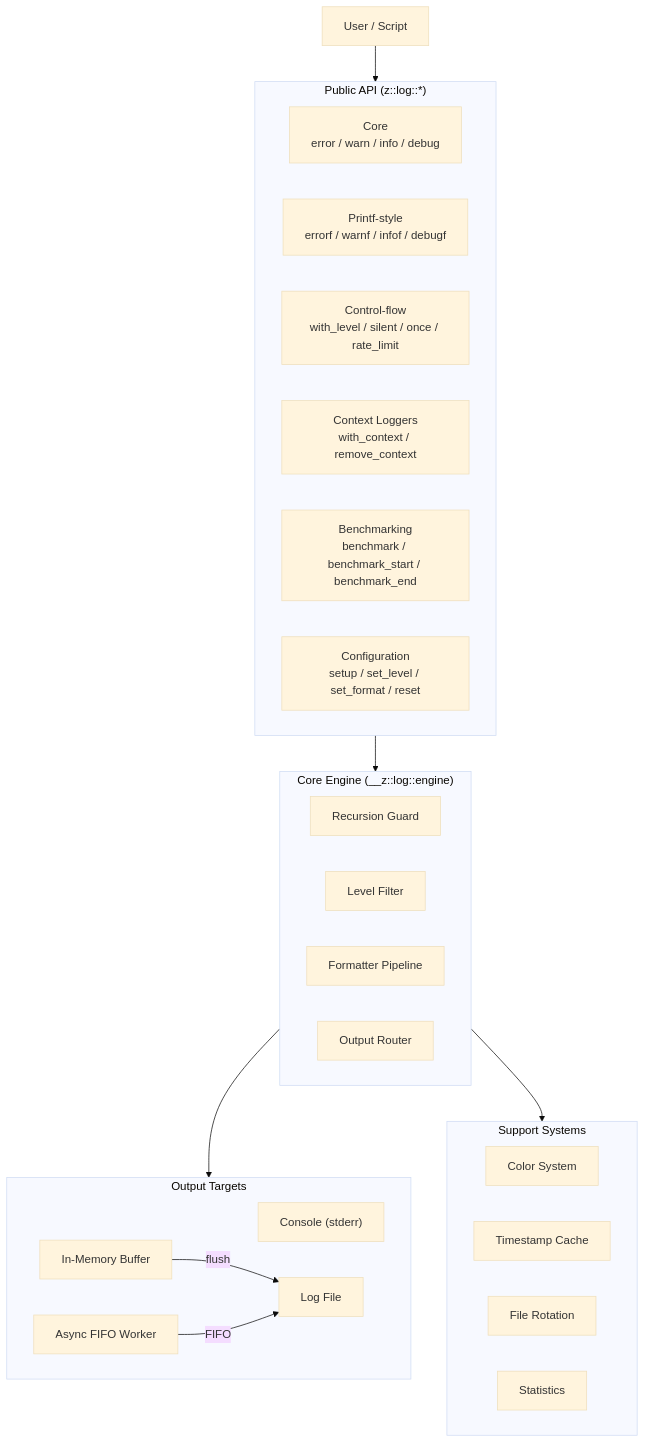
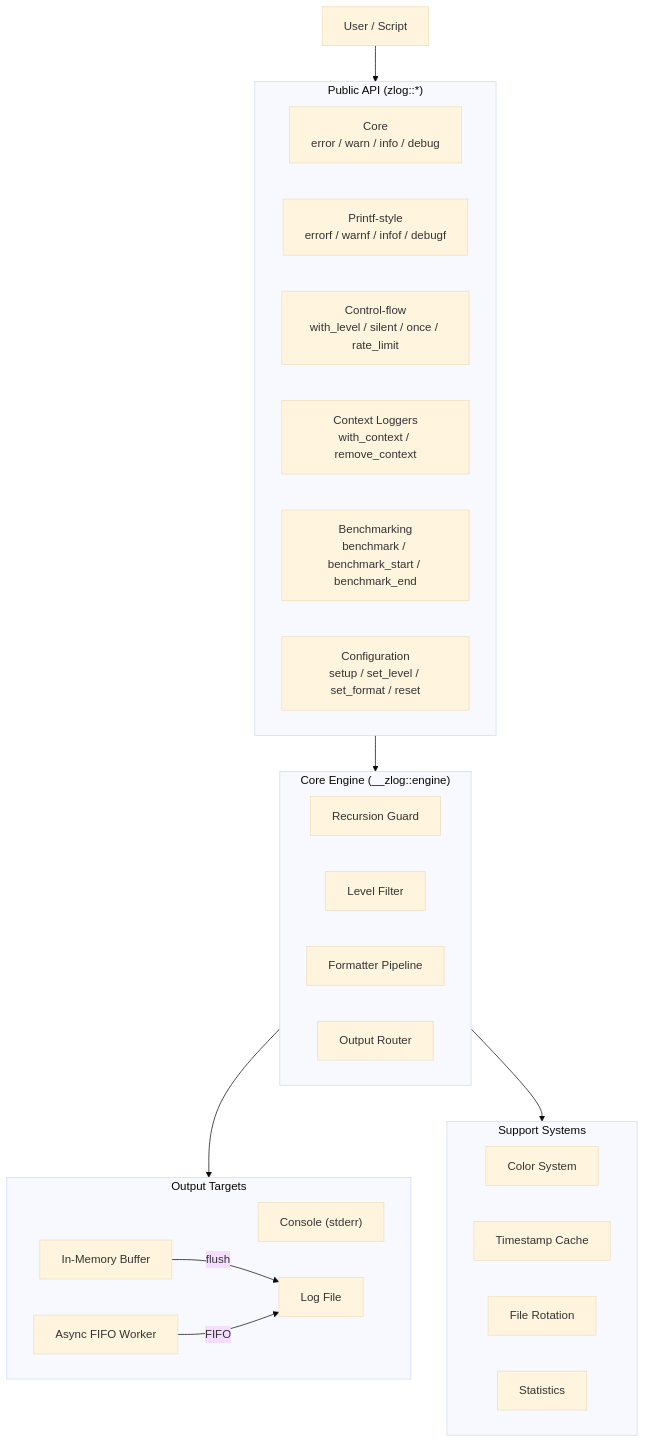
One commit to Khodaparastan/zsh-log changed the first of 20 diagrams in docs/architecture.md. Above: the diagram before and after it, drawn with Mermaid (base theme). The commit also changed other lines of this file and 14 other files, not shown here.

First line of the commit message:
update function prefixes from z::log:: to zlog:: in documentation and examples

````diff
--- a/docs/architecture.md
+++ b/docs/architecture.md
@@ -38,41 +38,41 @@
 ```mermaid
 graph TD
     User["User / Script"]
 
-    subgraph Public_API["Public API  (z::log::*)"]
+    subgraph Public_API["Public API  (zlog::*)"]
         Core["Core\nerror / warn / info / debug"]
         Printf["Printf-style\nerrorf / warnf / infof / debugf"]
         Control["Control-flow\nwith_level / silent / once / rate_limit"]
         Ctx["Context Loggers\nwith_context / remove_context"]
         Bench["Benchmarking\nbenchmark / benchmark_start / benchmark_end"]
         Cfg["Configuration\nsetup / set_level / set_format / reset"]
     end
 
-    subgraph Engine["Core Engine  (__z::log::engine)"]
+    subgraph Engine["Core Engine  (__zlog::engine)"]
         Guard["Recursion Guard"]
         LevelCheck["Level Filter"]
         Format["Formatter Pipeline"]
         Output["Output Router"]
     end
 
     subgraph Output_Targets["Output Targets"]
         Console["Console (stderr)"]
         Buffer["In-Memory Buffer"]
         File["Log File"]
         Async["Async FIFO Worker"]
     end
 
     subgraph Support["Support Systems"]
         Colors["Color System"]
         Timestamps["Timestamp Cache"]
         Rotation["File Rotation"]
         Stats["Statistics"]
     end
 
     User --> Public_API
     Public_API --> Engine
     Engine --> Output_Targets
     Engine --> Support
     Buffer -->|flush| File
     Async -->|FIFO| File
 ```
````
